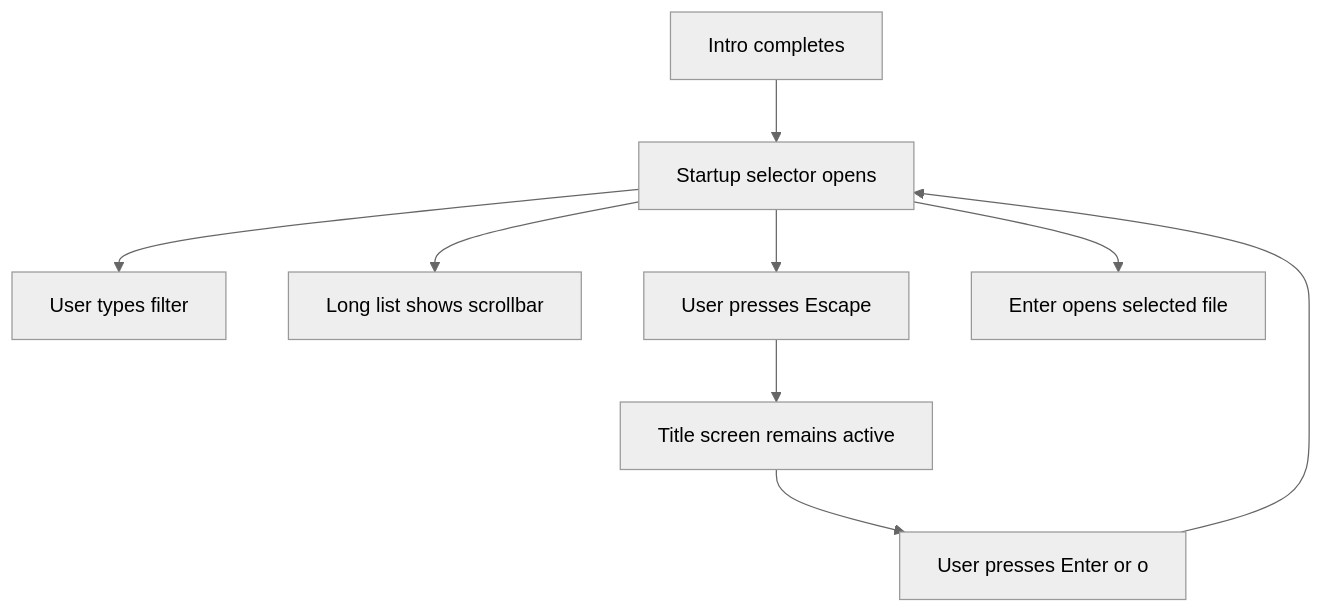
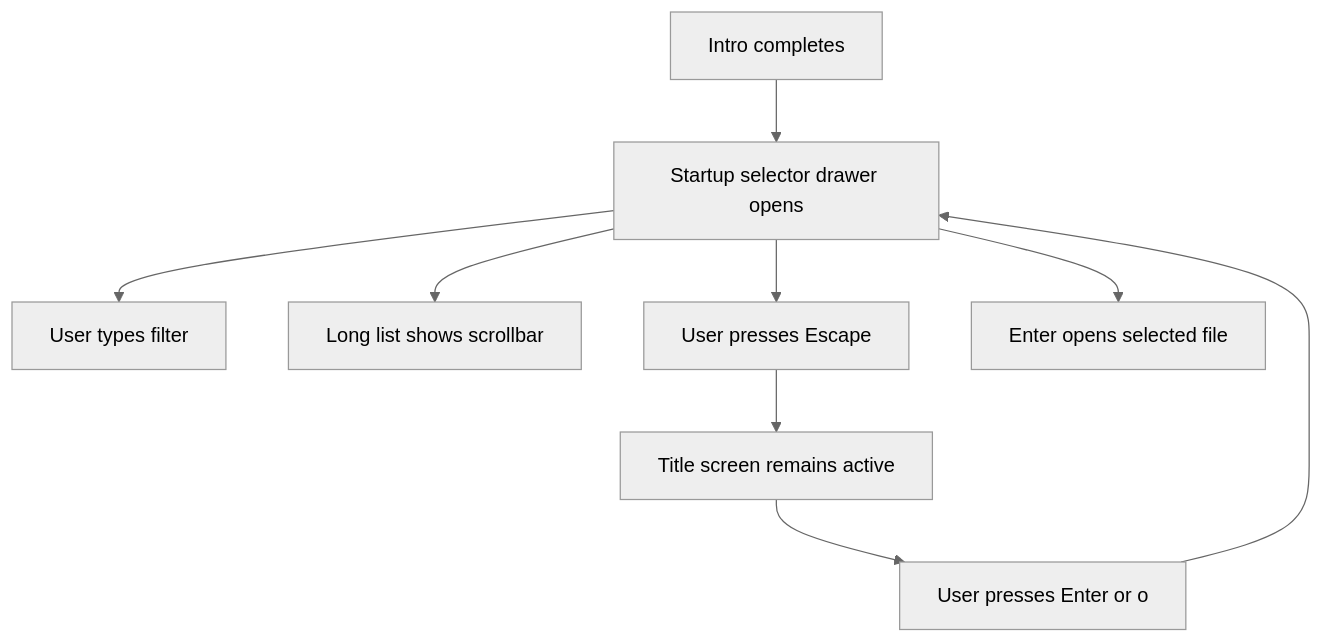
Before and after one commit to flyingrobots/jedit: the first of 2 diagrams in docs/design/0038-startup-file-modal-bijou-recovery.md, drawn with Mermaid (neutral theme). The commit also changed other lines of this file and 19 other files, not shown here.

Commit message:
UX: animate startup file drawer

````diff
--- a/docs/design/0038-startup-file-modal-bijou-recovery.md
+++ b/docs/design/0038-startup-file-modal-bijou-recovery.md
@@ -118,11 +123,11 @@
 ```mermaid
 flowchart TD
-  Start[Intro completes] --> Modal[Startup selector opens]
-  Modal --> Filter[User types filter]
-  Modal --> Scroll[Long list shows scrollbar]
-  Modal --> Escape[User presses Escape]
+  Start[Intro completes] --> Drawer[Startup selector drawer opens]
+  Drawer --> Filter[User types filter]
+  Drawer --> Scroll[Long list shows scrollbar]
+  Drawer --> Escape[User presses Escape]
   Escape --> Title[Title screen remains active]
   Title --> Reopen[User presses Enter or o]
-  Reopen --> Modal
-  Modal --> Open[Enter opens selected file]
+  Reopen --> Drawer
+  Drawer --> Open[Enter opens selected file]
 ```
````
